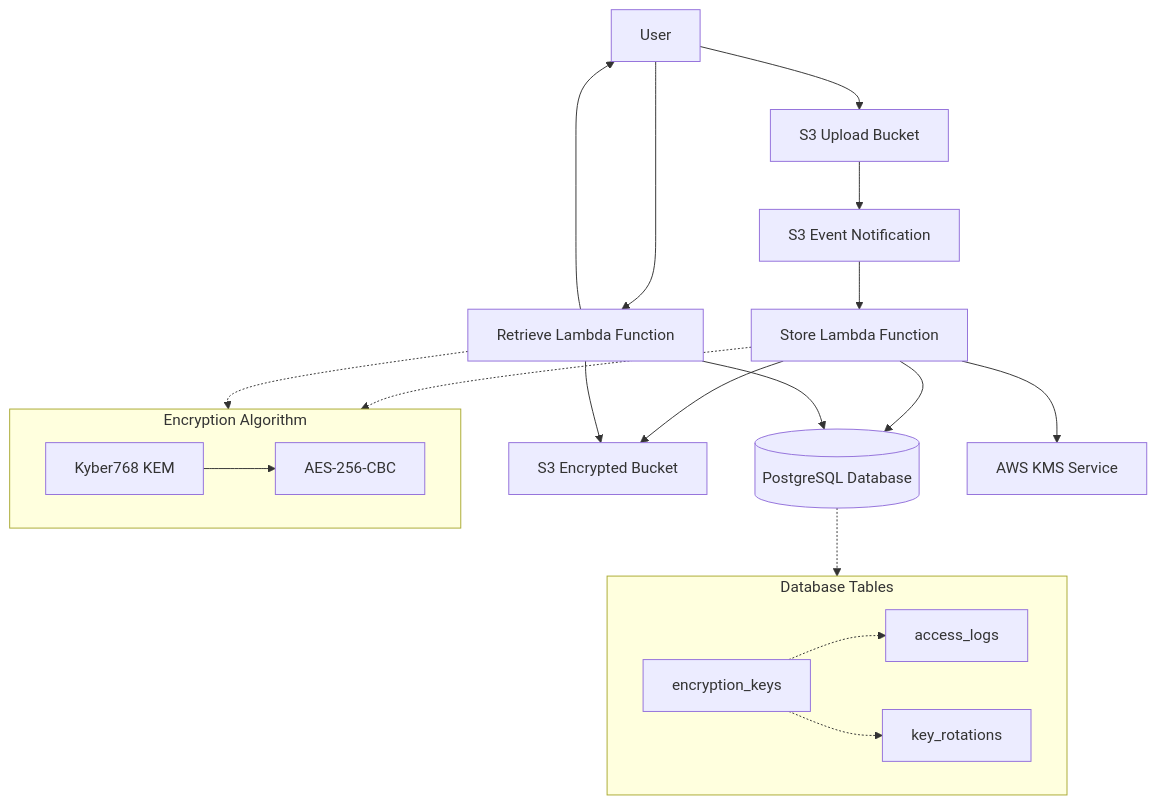
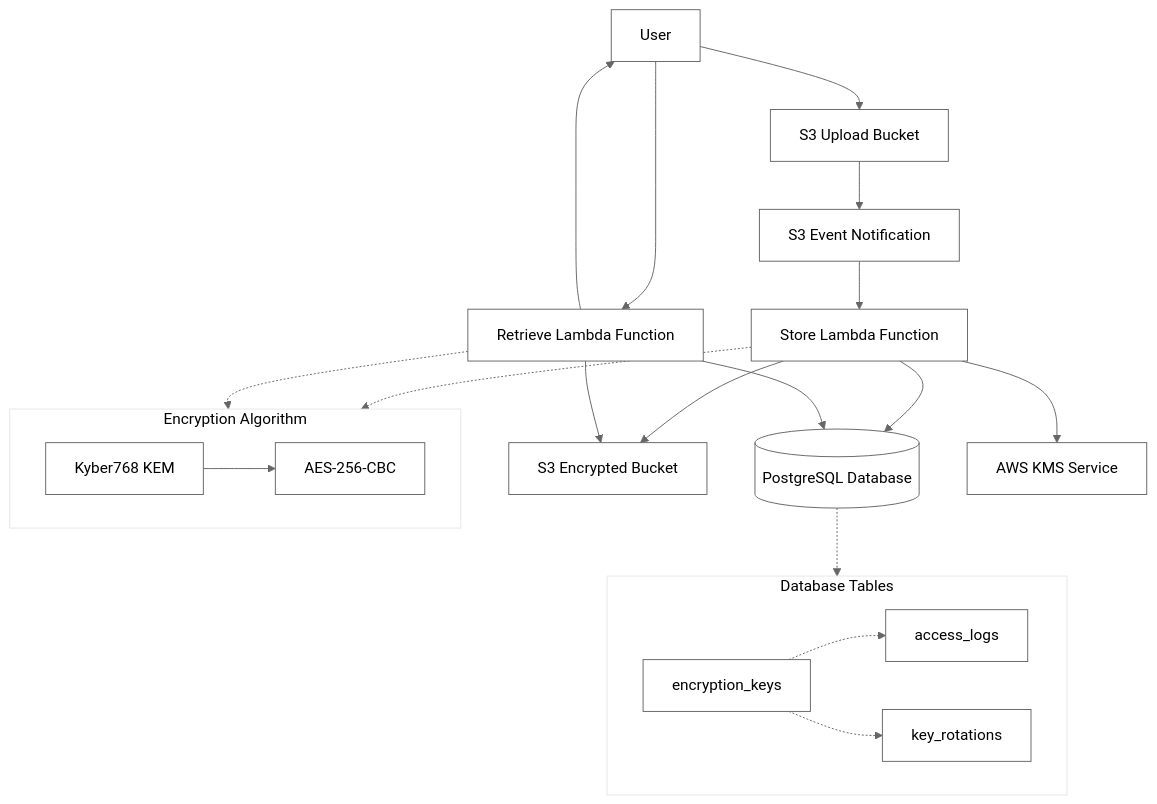
The diagram in README.md (m1rl0k/pqfile), drawn with Mermaid before and after one commit.

````diff
--- a/README.md
+++ b/README.md
@@ -17,42 +17,44 @@
 ```mermaid
-%%{init: {"flowchart": {"useMaxWidth": true, "htmlLabels": true}}}%%
+%%{init: {"flowchart": {"useMaxWidth": false, "htmlLabels": false, "curve": "basis"}, "theme": "base", "themeVariables": {"primaryColor": "#ffffff", "primaryTextColor": "#000000", "primaryBorderColor": "#666666", "lineColor": "#666666"}}}%%
 graph TB
     User["User"]
     S3Upload["S3 Upload Bucket"]
     S3Encrypted["S3 Encrypted Bucket"]
     StoreLambda["Store Lambda Function"]
     RetrieveLambda["Retrieve Lambda Function"]
     Database[("PostgreSQL Database")]
     KMSService["AWS KMS Service"]
     S3Event["S3 Event Notification"]
 
     User --> S3Upload
     User --> RetrieveLambda
     S3Upload --> S3Event
     S3Event --> StoreLambda
     StoreLambda --> Database
     StoreLambda --> KMSService
     StoreLambda --> S3Encrypted
     RetrieveLambda --> Database
     RetrieveLambda --> S3Encrypted
     RetrieveLambda --> User
 
     subgraph CryptoAlgorithm ["Encryption Algorithm"]
         Kyber768["Kyber768 KEM"]
         AES256["AES-256-CBC"]
         Kyber768 --> AES256
     end
 
     StoreLambda -.-> CryptoAlgorithm
     RetrieveLambda -.-> CryptoAlgorithm
 
     subgraph DatabaseTables ["Database Tables"]
         EncryptionKeys["encryption_keys"]
         AccessLogs["access_logs"]
         KeyRotations["key_rotations"]
         EncryptionKeys -.-> AccessLogs
         EncryptionKeys -.-> KeyRotations
     end
 
     Database -.-> DatabaseTables
+
+    classDef default fill:#ffffff,stroke:#666666,stroke-width:1px,color:#000000
 ```
````
